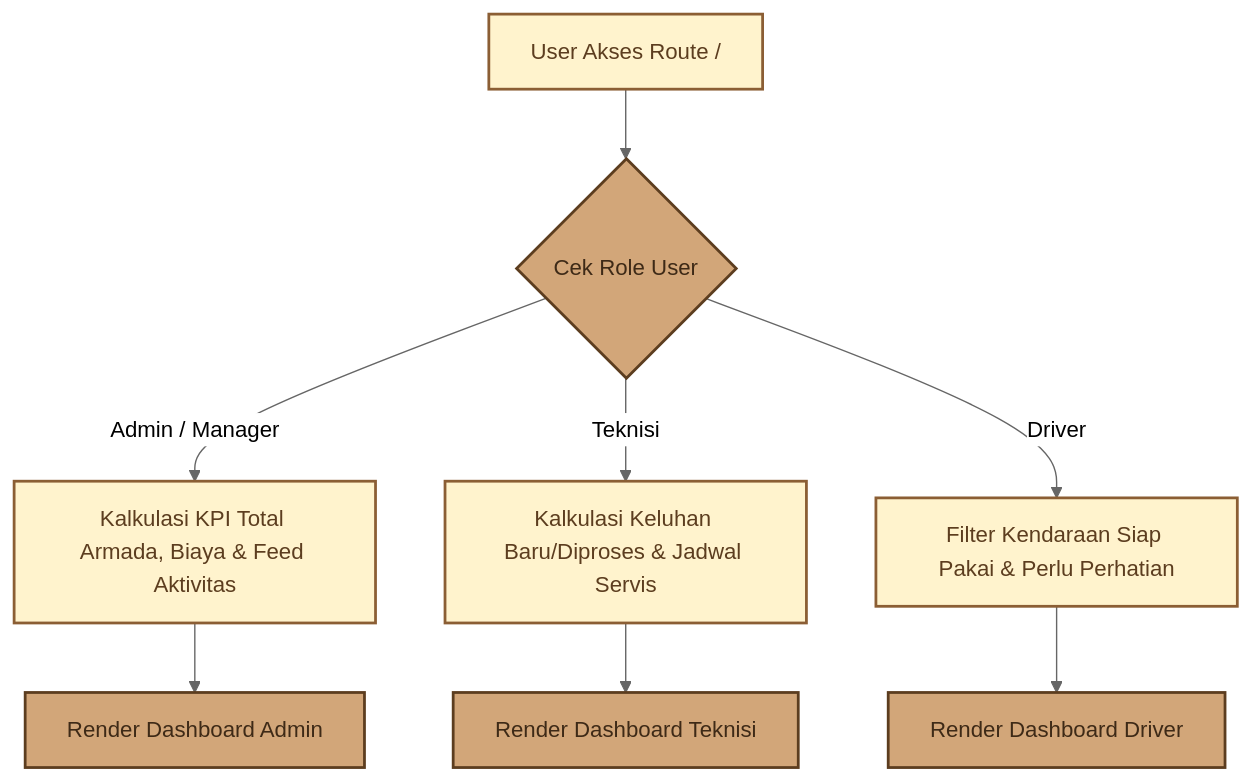
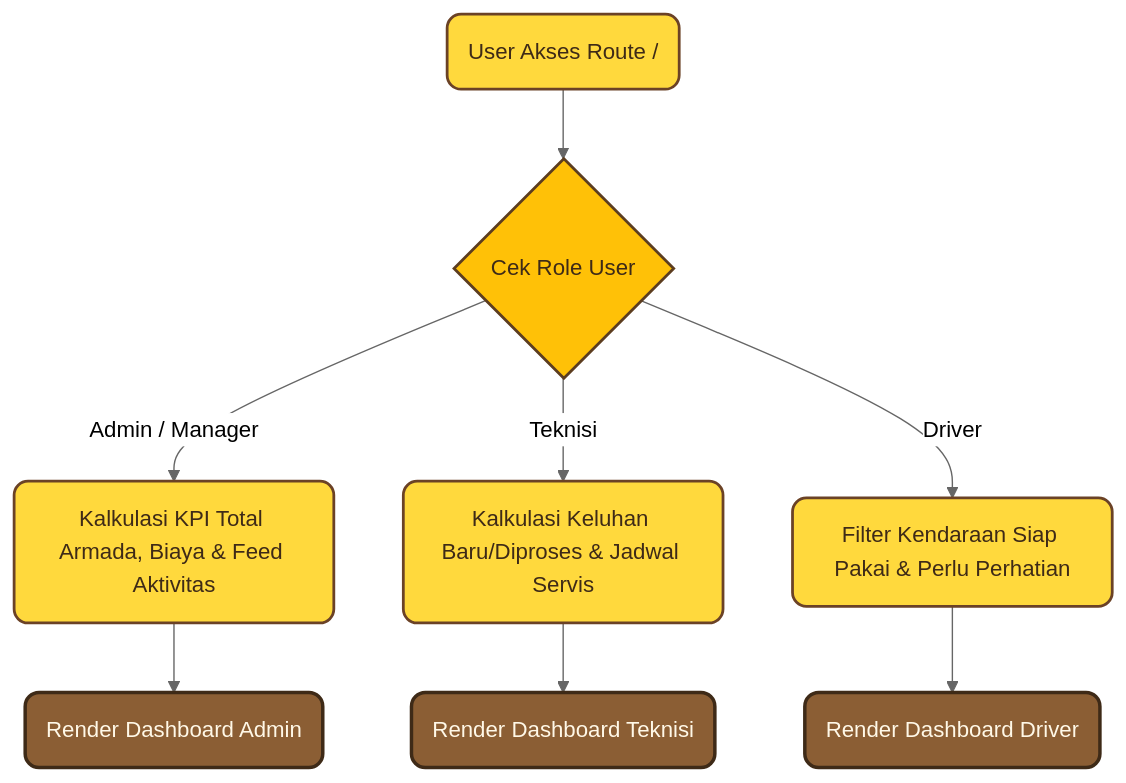
One commit to nazwasalsabila181718-droid/manajemen_perawatan changed the second of 13 diagrams in docs/DOKUMENTASI_MODULE_SISTEM.md. Above: the diagram before and after it, drawn with Mermaid (neutral theme). The commit also changed other lines of this file, not shown here.

Commit message:
style: modernisasi diagram mermaid dengan tema kuning cerah rounded

````diff
--- a/docs/DOKUMENTASI_MODULE_SISTEM.md
+++ b/docs/DOKUMENTASI_MODULE_SISTEM.md
@@ -61,16 +63,18 @@
 ```mermaid
 flowchart TD
-    classDef default fill:#FFF3CD,stroke:#8B5E34,stroke-width:2px,color:#5C3D1F;
-    classDef highlight fill:#D2A679,stroke:#5C3D1F,stroke-width:2px,color:#3E2A17;
+    A(User Akses Route /) --> B{Cek Role User}
+    B -- Admin / Manager --> C(Kalkulasi KPI Total Armada, Biaya & Feed Aktivitas)
+    B -- Teknisi --> D(Kalkulasi Keluhan Baru/Diproses & Jadwal Servis)
+    B -- Driver --> E(Filter Kendaraan Siap Pakai & Perlu Perhatian)
+    C --> F(Render Dashboard Admin)
+    D --> G(Render Dashboard Teknisi)
+    E --> H(Render Dashboard Driver)
 
-    A[User Akses Route /] --> B{Cek Role User}
-    B -- Admin / Manager --> C[Kalkulasi KPI Total Armada, Biaya & Feed Aktivitas]
-    B -- Teknisi --> D[Kalkulasi Keluhan Baru/Diproses & Jadwal Servis]
-    B -- Driver --> E[Filter Kendaraan Siap Pakai & Perlu Perhatian]
-    C --> F[Render Dashboard Admin]
-    D --> G[Render Dashboard Teknisi]
-    E --> H[Render Dashboard Driver]
+    classDef default fill:#FFD93D,stroke:#6B4226,stroke-width:2px,color:#3E2A17,rx:10,ry:10;
+    classDef highlight fill:#8B5E34,stroke:#3E2A17,stroke-width:2.5px,color:#FFF8E7,rx:10,ry:10;
+    classDef decision fill:#FFC107,stroke:#5C3D1F,stroke-width:2px,color:#3E2A17;
 
     class A,C,D,E default;
-    class B,F,G,H highlight;
+    class F,G,H highlight;
+    class B decision;
 ```
````
